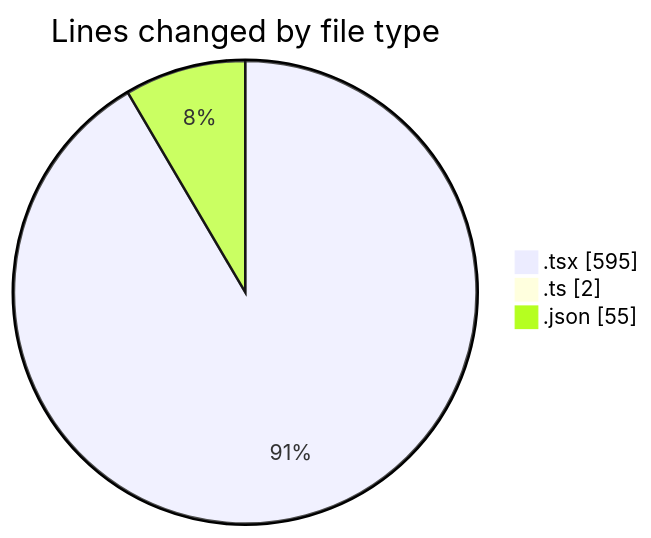
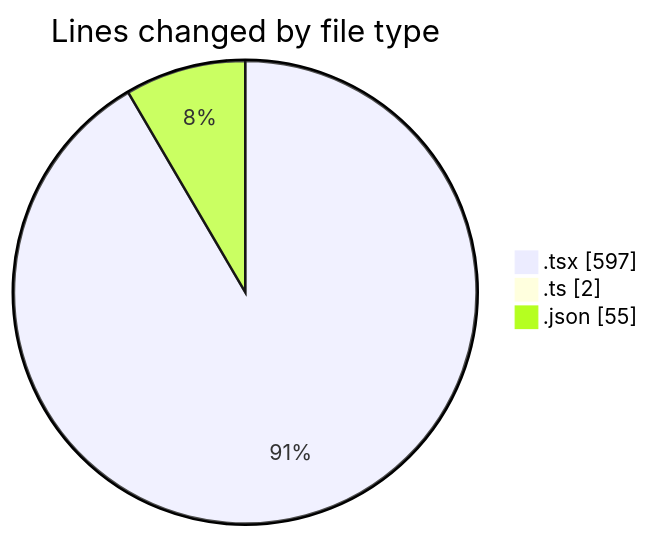
The first of 2 diagrams in 2025-10-21/eventscop-frontend-guide__workspace_/README.md (julien-gomy/code-tracking), drawn with Mermaid before and after one commit. The commit also changed other lines of this file and 1 other file, not shown here.

````diff
--- a/2025-10-21/eventscop-frontend-guide__workspace_/README.md
+++ b/2025-10-21/eventscop-frontend-guide__workspace_/README.md
@@ -28,7 +28,7 @@
 ```mermaid
 pie showData
 title Lines changed by file type
-".tsx" : 595
+".tsx" : 597
 ".ts" : 2
 ".json" : 55
 ```
````
